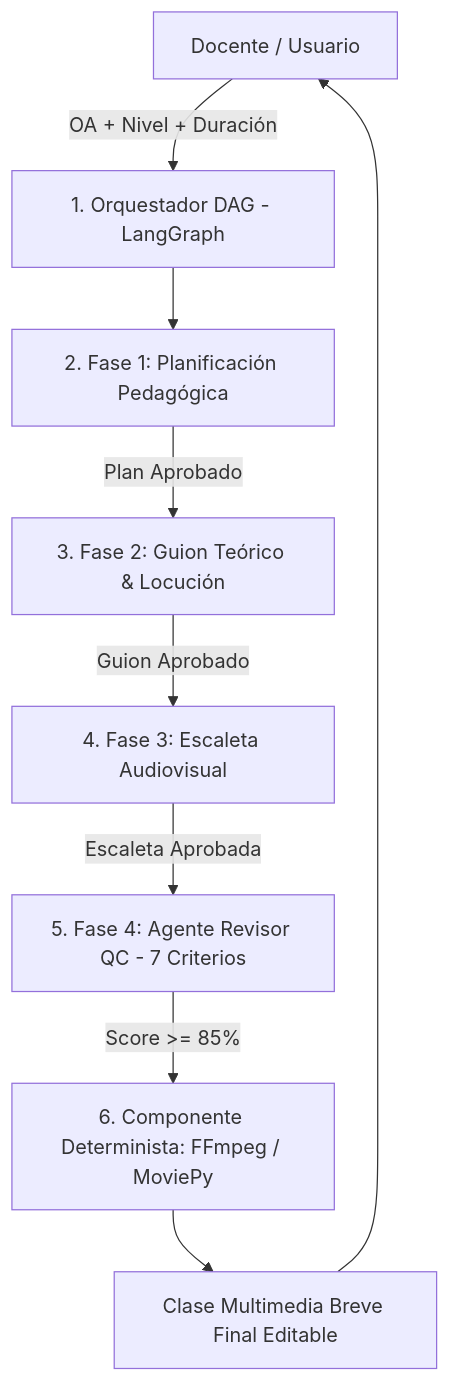
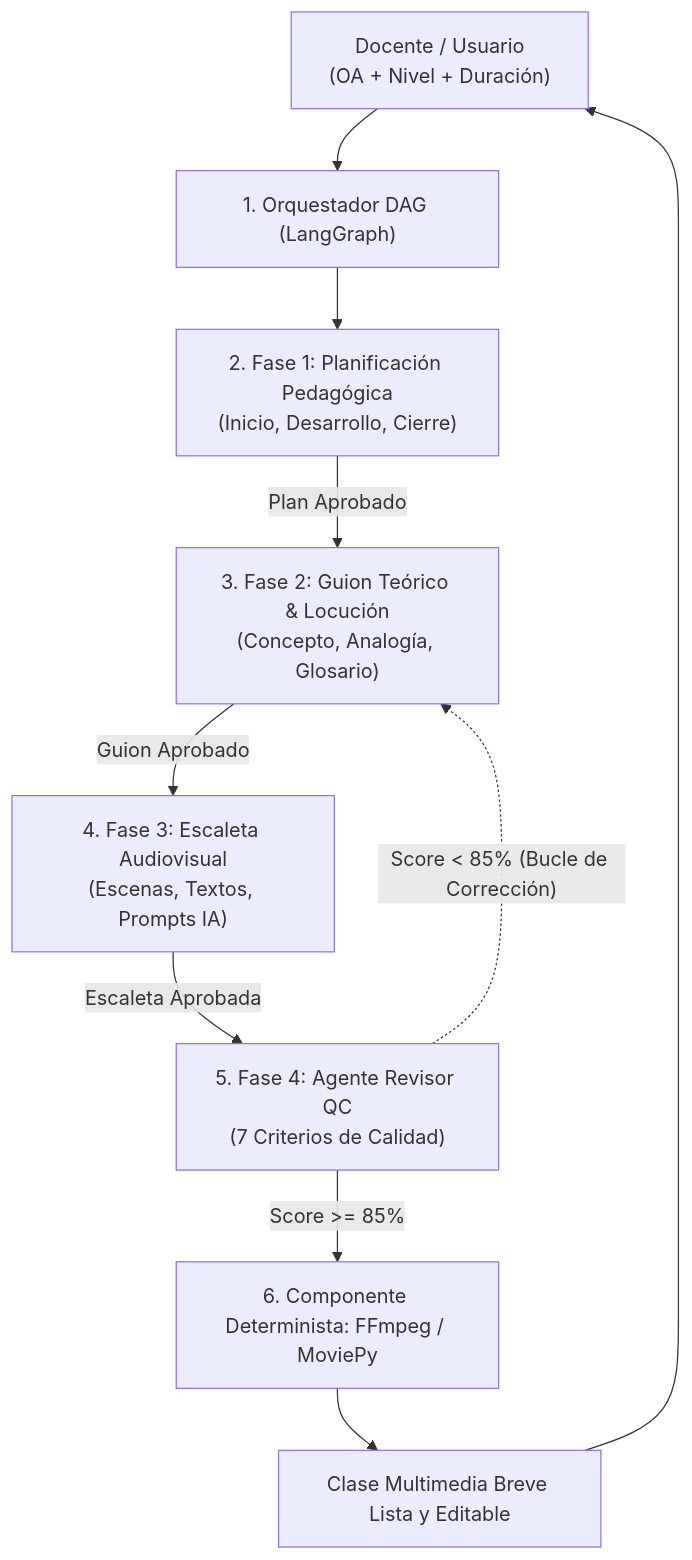
Before and after one commit to RGVenegas/Seminario-de-Lic: the diagram in GUIA_FUNCIONAMIENTO_PROYECTO.md, drawn with Mermaid. The commit also changed other lines of this file and 15 other files, not shown here.

````diff
--- a/GUIA_FUNCIONAMIENTO_PROYECTO.md
+++ b/GUIA_FUNCIONAMIENTO_PROYECTO.md
@@ -29,11 +29,12 @@
 ```mermaid
 graph TD
-    User[Docente / Usuario] -->|OA + Nivel + Duración| Orch[1. Orquestador DAG - LangGraph]
-    Orch --> AgPed[2. Fase 1: Planificación Pedagógica]
-    AgPed -->|Plan Aprobado| AgCont[3. Fase 2: Guion Teórico & Locución]
-    AgCont -->|Guion Aprobado| AgAV[4. Fase 3: Escaleta Audiovisual]
-    AgAV -->|Escaleta Aprobada| Rev[5. Fase 4: Agente Revisor QC - 7 Criterios]
-    Rev -->|Score >= 85%| MediaEngine[6. Componente Determinista: FFmpeg / MoviePy]
-    MediaEngine --> Output[Clase Multimedia Breve Final Editable]
+    User["Docente / Usuario<br>(OA + Nivel + Duración)"] --> Orch["1. Orquestador DAG (LangGraph)"]
+    Orch --> AgPed["2. Fase 1: Planificación Pedagógica<br>(Inicio, Desarrollo, Cierre)"]
+    AgPed -->|"Plan Aprobado"| AgCont["3. Fase 2: Guion Teórico & Locución<br>(Concepto, Analogía, Glosario)"]
+    AgCont -->|"Guion Aprobado"| AgAV["4. Fase 3: Escaleta Audiovisual<br>(Escenas, Textos, Prompts IA)"]
+    AgAV -->|"Escaleta Aprobada"| Rev["5. Fase 4: Agente Revisor QC<br>(7 Criterios de Calidad)"]
+    Rev -->|"Score >= 85%"| MediaEngine["6. Componente Determinista: FFmpeg / MoviePy"]
+    Rev -.->|"Score < 85% (Bucle de Corrección)"| AgCont
+    MediaEngine --> Output["Clase Multimedia Breve Lista y Editable"]
     Output --> User
 ```
````
